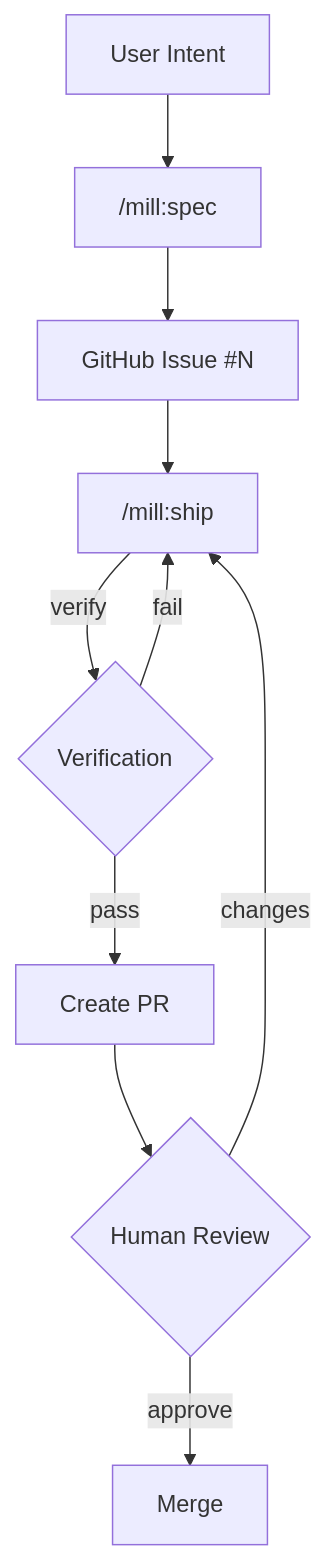
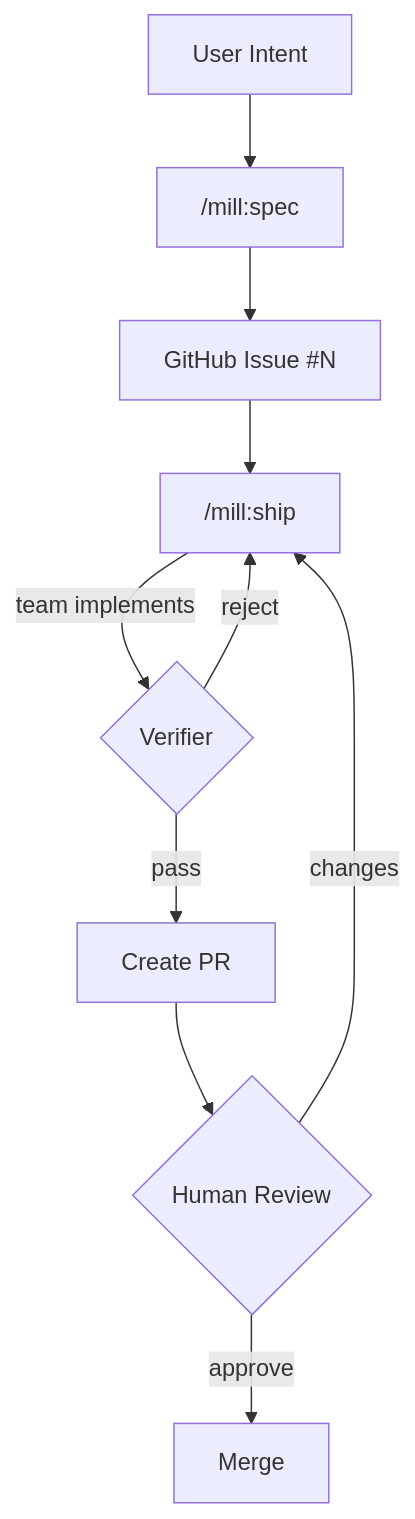
One commit to mindrevolution/mill changed the diagram in AGENTS.md. Above: the diagram before and after it, drawn with Mermaid. The commit also changed other lines of this file and 1 other file, not shown here.

First line of the commit message:
docs: rewrite README and AGENTS for pure-skills architecture

````diff
--- a/AGENTS.md
+++ b/AGENTS.md
@@ -90,12 +123,12 @@
 ```mermaid
 flowchart TD
     A[User Intent] --> B["/mill:spec"]
     B --> C["GitHub Issue #N"]
     C --> D["/mill:ship"]
-    D -->|verify| E{Verification}
+    D -->|team implements| E{Verifier}
     E -->|pass| F["Create PR"]
-    E -->|fail| D
+    E -->|reject| D
     F --> G{Human Review}
     G -->|approve| H[Merge]
     G -->|changes| D
 ```
````
